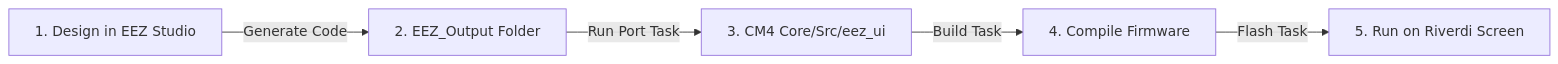
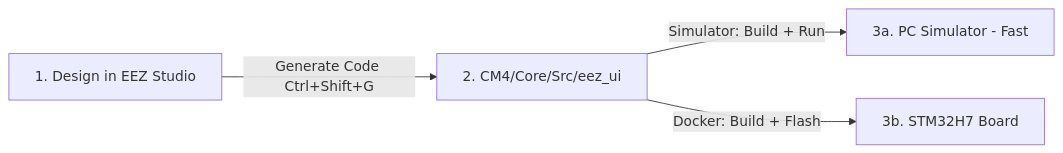
Before and after one commit to alex-yassa/TEP-ICS-UI: the diagram in Docs/UI_Developing_Pipeline.md, drawn with Mermaid. The commit also changed other lines of this file and 10 other files, not shown here.

````diff
--- a/Docs/UI_Developing_Pipeline.md
+++ b/Docs/UI_Developing_Pipeline.md
@@ -11,7 +11,6 @@
 ```mermaid
 graph LR
-    A[1. Design in EEZ Studio] -->|Generate Code| B[2. EEZ_Output Folder]
-    B -->|Run Port Task| C[3. CM4 Core/Src/eez_ui]
-    C -->|Build Task| D[4. Compile Firmware]
-    D -->|Flash Task| E[5. Run on Riverdi Screen]
+    A[1. Design in EEZ Studio] -->|Generate Code Ctrl+Shift+G| B[2. CM4/Core/Src/eez_ui]
+    B -->|Simulator: Build + Run| C[3a. PC Simulator - Fast]
+    B -->|Docker: Build + Flash| D[3b. STM32H7 Board]
 ```
````
